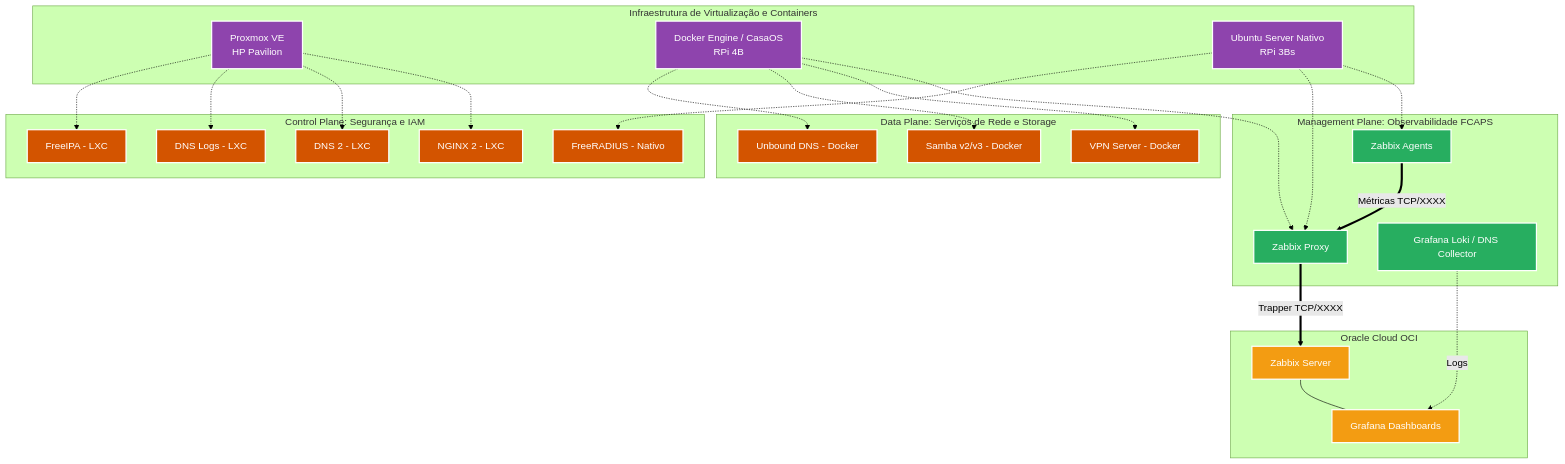
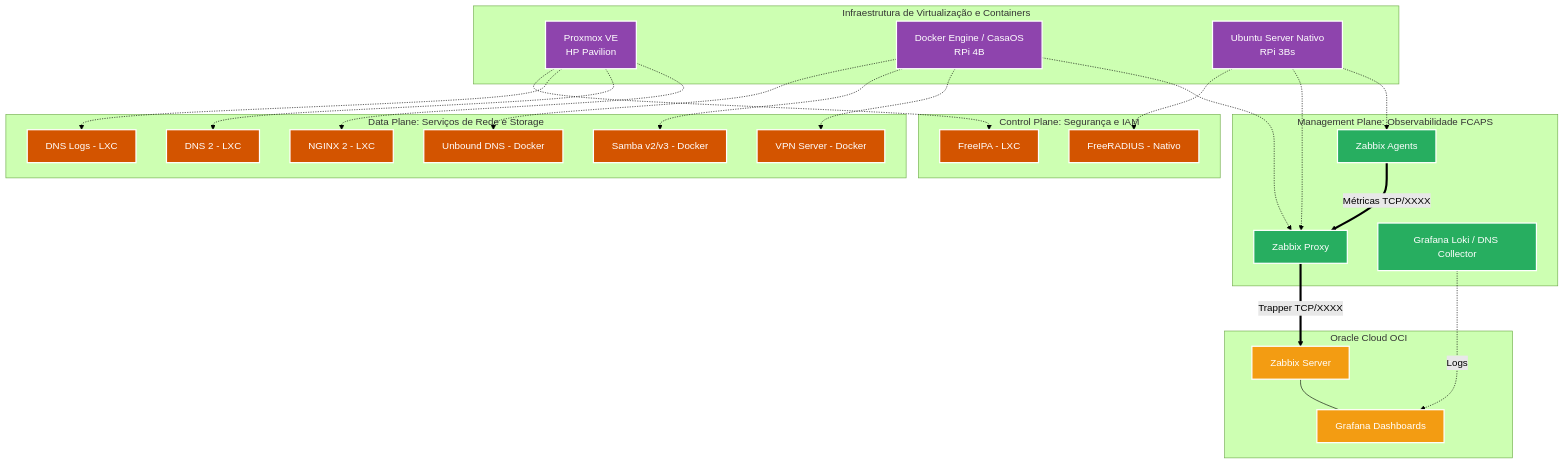
One commit to kevindexter22/Dr-Hardware-Autonet changed the second of 2 diagrams in 01-infrastructure/README.md. Above: the diagram before and after it, drawn with Mermaid (forest theme).

Commit message:
Update architecture diagram in README.md
Reorganize services in the architecture diagram to include DNS Logs, DNS 2, and NGINX under the Data Plane section.

````diff
--- a/01-infrastructure/README.md
+++ b/01-infrastructure/README.md
@@ -66,59 +66,58 @@
 ```mermaid
 graph TD
     %% Classes de Estilo L3-L7
     classDef hypervisor fill:#8e44ad,stroke:#FFFFFF,stroke-width:2px,color:#fff;
     classDef oss fill:#27ae60,stroke:#FFFFFF,stroke-width:2px,color:#fff;
     classDef coreService fill:#d35400,stroke:#FFFFFF,stroke-width:2px,color:#fff;
     classDef cloud fill:#f39c12,stroke:#FFFFFF,stroke-width:2px,color:#fff;
 
     subgraph VIM [Infraestrutura de Virtualização e Containers]
         PVE[Proxmox VE<br/>HP Pavilion]:::hypervisor
         DOCKER[Docker Engine / CasaOS<br/>RPi 4B]:::hypervisor
         NATIVE[Ubuntu Server Nativo<br/>RPi 3Bs]:::hypervisor
     end
 
     subgraph AAA_SEC [Control Plane: Segurança e IAM]
         FIPA[FreeIPA - LXC]:::coreService
-        LDNSL[DNS Logs - LXC]:::coreService
-        UDNSL[DNS 2 - LXC]:::coreService
-        RNGNXL[NGINX 2 - LXC]:::coreService
         FRAD[FreeRADIUS - Nativo]:::coreService
         PVE -.-> FIPA
-        PVE -.-> LDNSL
-        PVE -.-> UDNSL
-        PVE -.-> RNGNXL
         NATIVE -.-> FRAD
     end
 
     subgraph NET_SERVICES [Data Plane: Serviços de Rede e Storage]
         UNB[Unbound DNS - Docker]:::coreService
         SMB[Samba v2/v3 - Docker]:::coreService
         VPN[VPN Server - Docker]:::coreService
-        
+        LDNSL[DNS Logs - LXC]:::coreService
+        UDNSL[DNS 2 - LXC]:::coreService
+        RNGNXL[NGINX 2 - LXC]:::coreService
         DOCKER -.-> UNB
         DOCKER -.-> SMB
         DOCKER -.-> VPN
+        PVE -.-> LDNSL
+        PVE -.-> UDNSL
+        PVE -.-> RNGNXL
     end
 
     subgraph OSS_MGMT [Management Plane: Observabilidade FCAPS]
         ZPX[Zabbix Proxy]:::oss
         ZA[Zabbix Agents]:::oss
         GRAF_LOKI[Grafana Loki / DNS Collector]:::oss
         
         DOCKER -.-> ZPX
         NATIVE -.-> ZPX
         NATIVE -.-> ZA
     end
 
     subgraph PUBLIC_CLOUD [Oracle Cloud OCI]
         ZBS[Zabbix Server]:::cloud
         GRAF[Grafana Dashboards]:::cloud
     end
 
     %% Fluxos de Mediação de Dados
     ZA ==>|Métricas TCP/XXXX| ZPX
     ZPX ==>|Trapper TCP/XXXX| ZBS
     GRAF_LOKI -.->|Logs| GRAF
     ZBS --- GRAF
 
 ```
````
